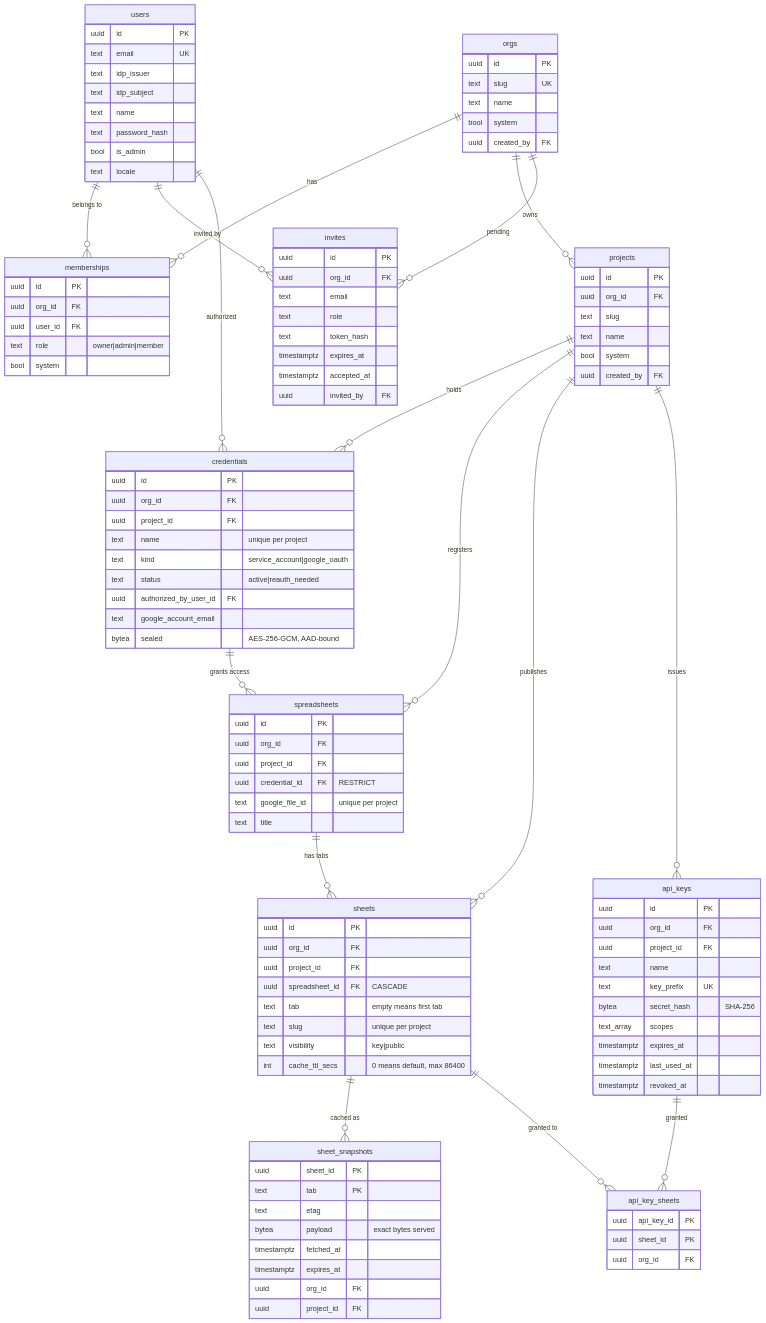
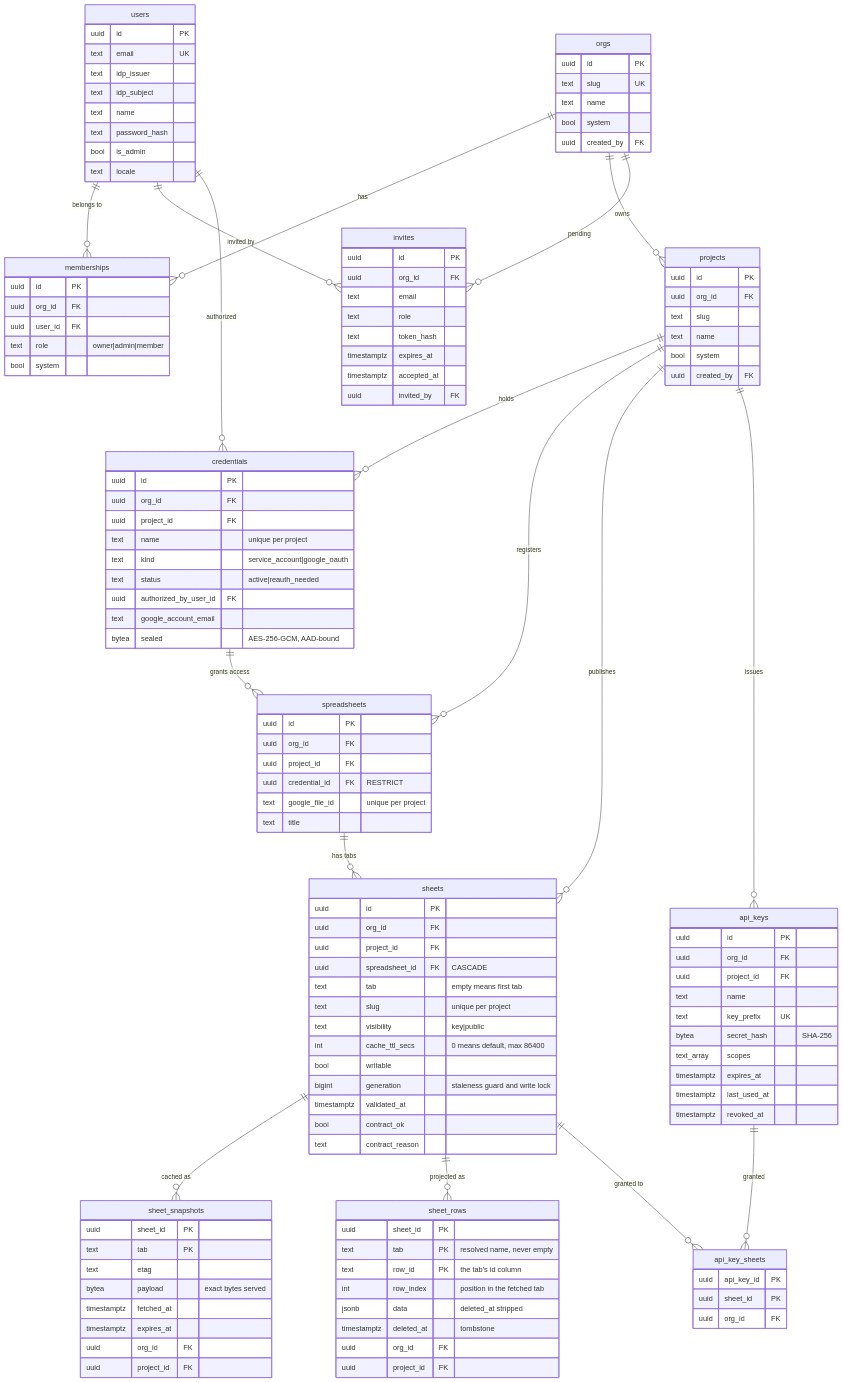
The diagram in schema/README.md (altalune-id/opensheet), drawn with Mermaid before and after one commit. The commit also changed other lines of this file and 2 other files, not shown here.

Commit message:
docs: document the row projection and the table contract

````diff
--- a/schema/README.md
+++ b/schema/README.md
@@ -69,6 +71,7 @@
     credentials ||--o{ spreadsheets : "grants access"
     spreadsheets ||--o{ sheets : "has tabs"
     sheets ||--o{ sheet_snapshots : "cached as"
+    sheets ||--o{ sheet_rows : "projected as"
     api_keys ||--o{ api_key_sheets : "granted"
     sheets ||--o{ api_key_sheets : "granted to"
 
@@ -142,6 +145,11 @@
         text slug "unique per project"
         text visibility "key|public"
         int cache_ttl_secs "0 means default, max 86400"
+        bool writable
+        bigint generation "staleness guard and write lock"
+        timestamptz validated_at
+        bool contract_ok
+        text contract_reason
     }
     api_keys {
         uuid id PK
@@ -170,4 +178,14 @@
         uuid org_id FK
         uuid project_id FK
     }
+    sheet_rows {
+        uuid sheet_id PK
+        text tab PK "resolved name, never empty"
+        text row_id PK "the tab's id column"
+        int row_index "position in the fetched tab"
+        jsonb data "deleted_at stripped"
+        timestamptz deleted_at "tombstone"
+        uuid org_id FK
+        uuid project_id FK
+    }
 ```
````
